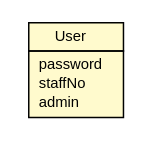
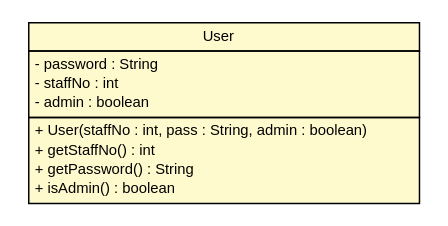
The diagram in docs/au/edu/griffith/ict/User.dot (DDevine/CrapPOS), drawn with Graphviz before and after one commit. The commit also changed 50 other files, not shown here.

```diff
--- a/docs/au/edu/griffith/ict/User.dot
+++ b/docs/au/edu/griffith/ict/User.dot
@@ -1,23 +1,29 @@
 #!/usr/local/bin/dot
 #
 # Class diagram 
 # Generated by UMLGraph version 1.6 (http://www.umlgraph.org/)
 #
 
 digraph G {
 	edge [fontname="Helvetica",fontsize=10,labelfontname="Helvetica",labelfontsize=10];
 	node [fontname="Helvetica",fontsize=10,shape=plaintext];
 	nodesep=0.25;
 	ranksep=0.5;
 	// au.edu.griffith.ict.User
 	c98 [label=<<table title="au.edu.griffith.ict.User" border="0" cellborder="1" cellspacing="0" cellpadding="2" port="p" bgcolor="lemonChiffon" href="./User.html">
 		<tr><td><table border="0" cellspacing="0" cellpadding="1">
 <tr><td align="center" balign="center"> User </td></tr>
 		</table></td></tr>
 		<tr><td><table border="0" cellspacing="0" cellpadding="1">
-<tr><td align="left" balign="left">  password </td></tr>
-<tr><td align="left" balign="left">  staffNo </td></tr>
-<tr><td align="left" balign="left">  admin </td></tr>
+<tr><td align="left" balign="left"> - password : String </td></tr>
+<tr><td align="left" balign="left"> - staffNo : int </td></tr>
+<tr><td align="left" balign="left"> - admin : boolean </td></tr>
+		</table></td></tr>
+		<tr><td><table border="0" cellspacing="0" cellpadding="1">
+<tr><td align="left" balign="left"> + User(staffNo : int, pass : String, admin : boolean) </td></tr>
+<tr><td align="left" balign="left"> + getStaffNo() : int </td></tr>
+<tr><td align="left" balign="left"> + getPassword() : String </td></tr>
+<tr><td align="left" balign="left"> + isAdmin() : boolean </td></tr>
 		</table></td></tr>
 		</table>>, URL="./User.html", fontname="Helvetica", fontcolor="black", fontsize=10.0];
 }
```
